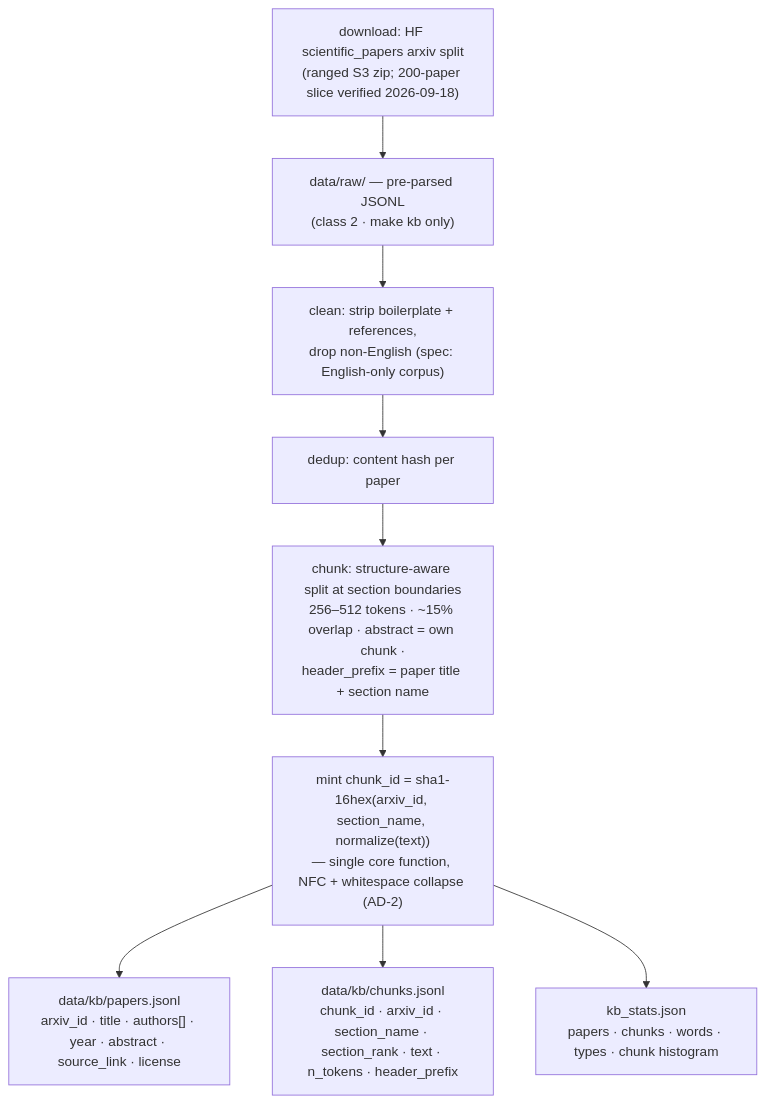
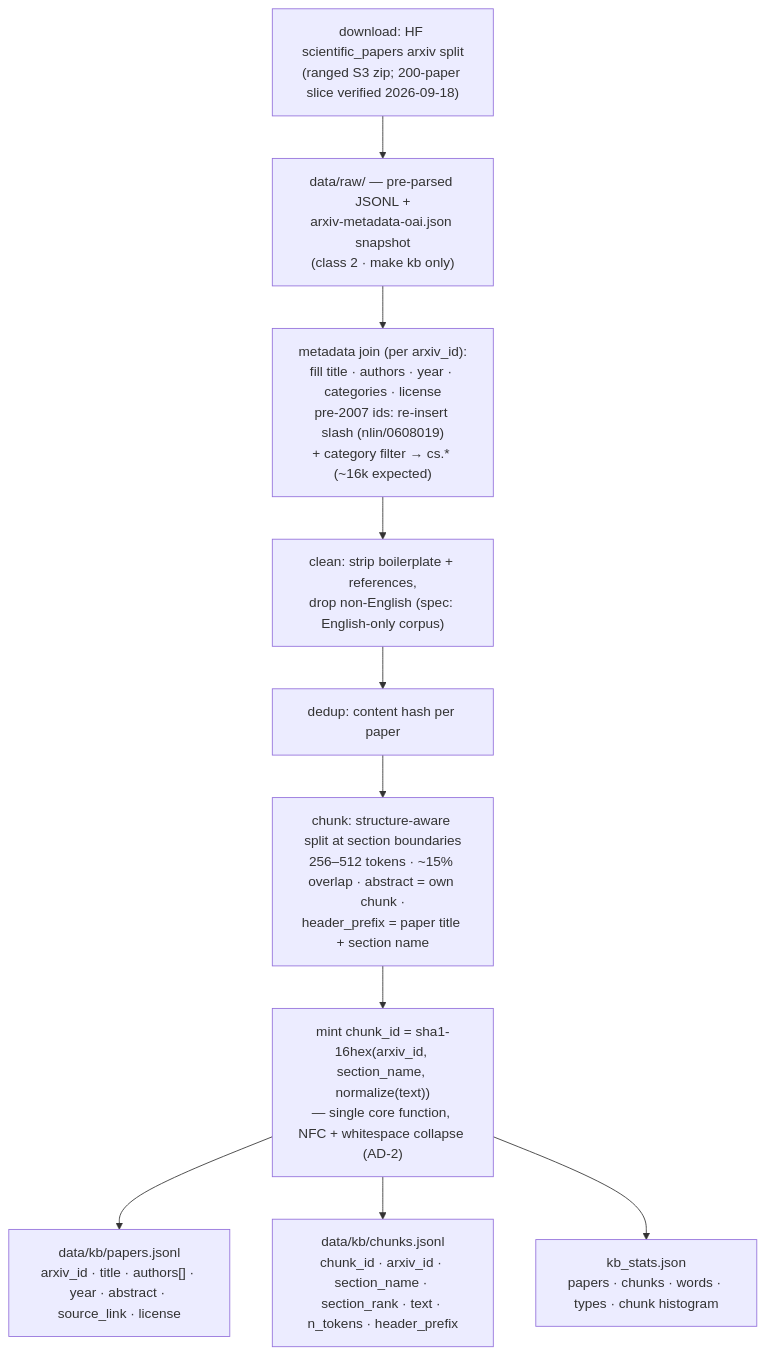
The third of 6 diagrams in docs/architecture/system-architecture.md (kieusontungwork-oss/NLPProject), drawn with Mermaid before and after one commit. The commit also changed other lines of this file and 11 other files, not shown here.

Commit message:
doc: Adopt PR#1 review — measure KB yield/years (cs.* filter decision), fix eval methodology (pooling, Recall@10, 100q unanswerable split, fixed judge + cache), metadata join, exact FAISS default, two-tier reranker, section-aware depth

````diff
--- a/docs/architecture/system-architecture.md
+++ b/docs/architecture/system-architecture.md
@@ -63,11 +63,12 @@
 ```mermaid
 flowchart TD
-    DL["download: HF scientific_papers arxiv split<br/>(ranged S3 zip; 200-paper slice verified 2026-09-18)"] --> RAW["data/raw/ — pre-parsed JSONL<br/>(class 2 · make kb only)"]
-    RAW --> CLEAN["clean: strip boilerplate + references,<br/>drop non-English (spec: English-only corpus)"]
+    DL["download: HF scientific_papers arxiv split<br/>(ranged S3 zip; 200-paper slice verified 2026-09-18)"] --> RAW["data/raw/ — pre-parsed JSONL +<br/>arxiv-metadata-oai.json snapshot<br/>(class 2 · make kb only)"]
+    RAW --> JOIN["metadata join (per arxiv_id):<br/>fill title · authors · year · categories · license<br/>pre-2007 ids: re-insert slash (nlin/0608019)<br/>+ category filter → cs.* (~16k expected)"]
+    JOIN --> CLEAN["clean: strip boilerplate + references,<br/>drop non-English (spec: English-only corpus)"]
     CLEAN --> DEDUP["dedup: content hash per paper"]
     DEDUP --> CHUNK["chunk: structure-aware split at section boundaries<br/>256–512 tokens · ~15% overlap · abstract = own chunk ·<br/>header_prefix = paper title + section name"]
     CHUNK --> IDS["mint chunk_id = sha1-16hex(arxiv_id, section_name, normalize(text))<br/>— single core function, NFC + whitespace collapse (AD-2)"]
     IDS --> OUT1["data/kb/papers.jsonl<br/>arxiv_id · title · authors[] · year · abstract · source_link · license"]
     IDS --> OUT2["data/kb/chunks.jsonl<br/>chunk_id · arxiv_id · section_name · section_rank · text · n_tokens · header_prefix"]
     IDS --> OUT3["kb_stats.json<br/>papers · chunks · words · types · chunk histogram"]
 ```
````
